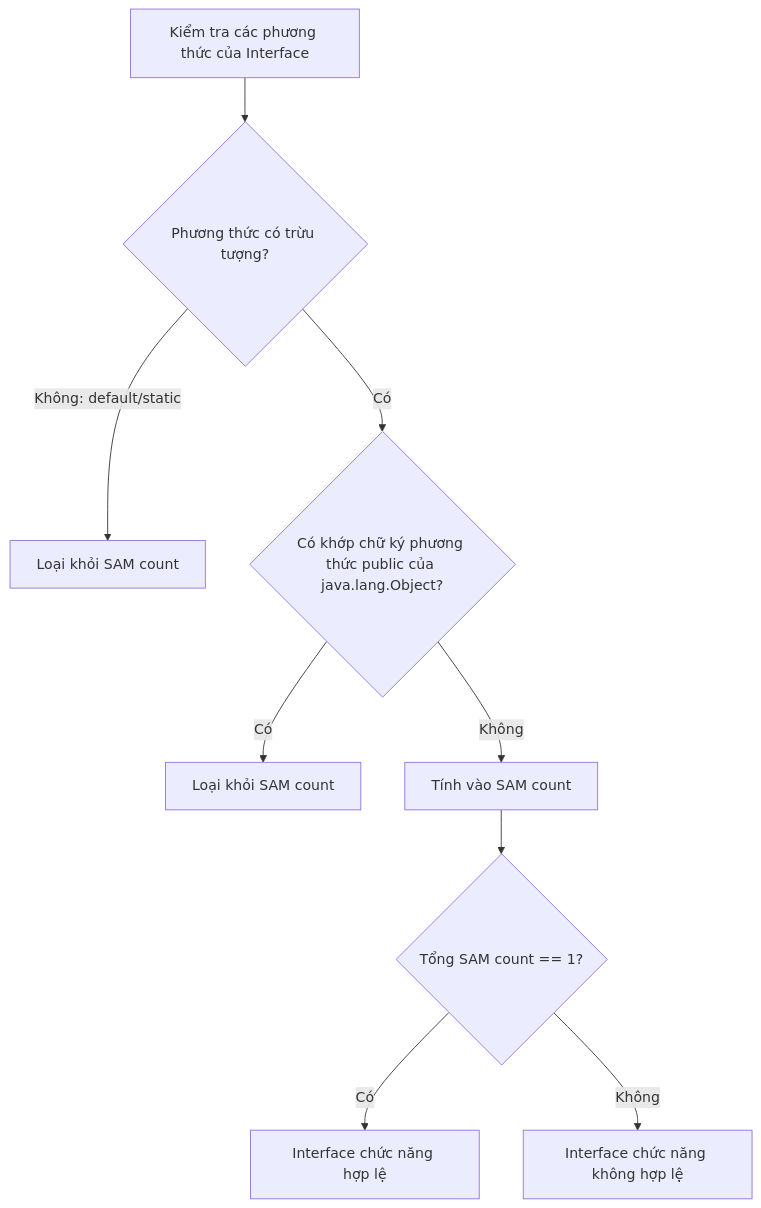
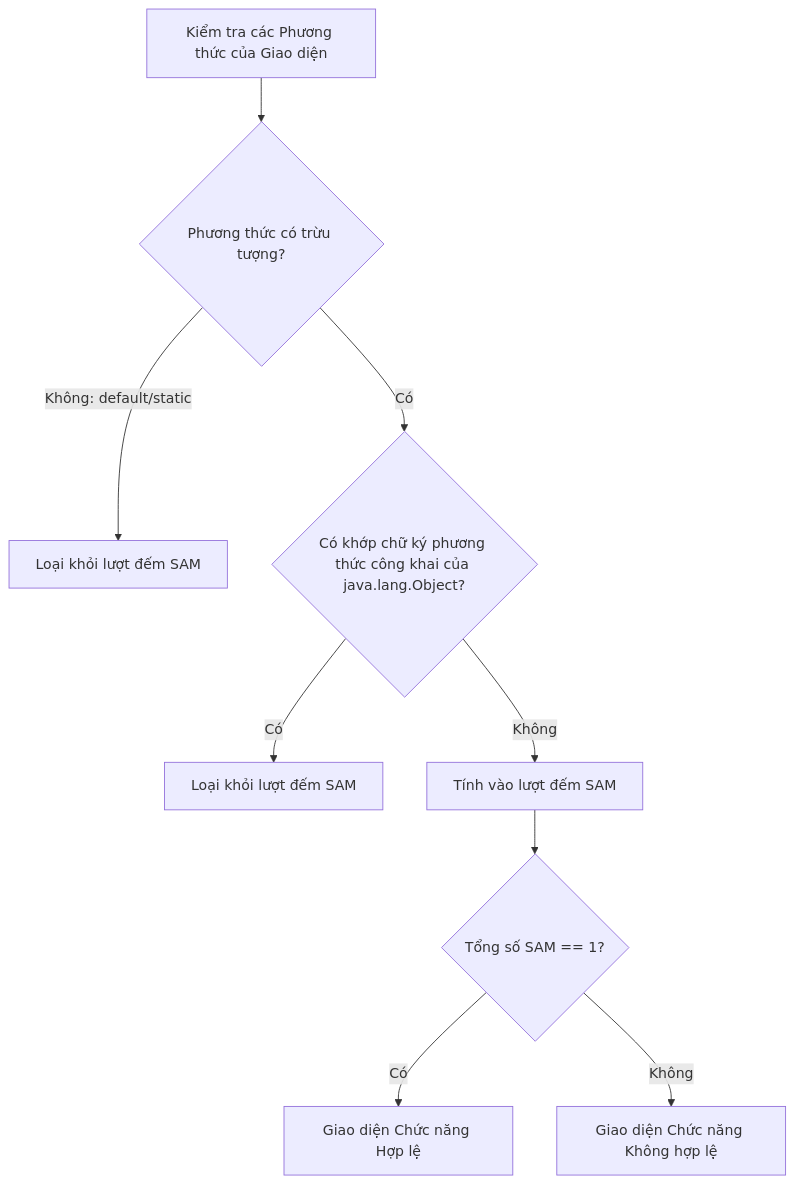
One commit to PhuThien2005/theoretical-of-java-core changed the second of 3 diagrams in vi/22-functional-interface/theory/01-predicate-t-concepts.md. Above: the diagram before and after it, drawn with Mermaid. The commit also changed other lines of this file and 229 other files, not shown here.

````diff
--- a/vi/22-functional-interface/theory/01-predicate-t-concepts.md
+++ b/vi/22-functional-interface/theory/01-predicate-t-concepts.md
@@ -96,11 +96,11 @@
 ```mermaid
 flowchart TD
-    A[Kiểm tra các phương thức của Interface] --> B{Phương thức có trừu tượng?}
-    B -->|Không: default/static| C[Loại khỏi SAM count]
-    B -->|Có| D{Có khớp chữ ký phương thức public của java.lang.Object?}
-    D -->|Có| E[Loại khỏi SAM count]
-    D -->|Không| F[Tính vào SAM count]
-    F --> G{Tổng SAM count == 1?}
-    G -->|Có| H[Interface chức năng hợp lệ]
-    G -->|Không| I[Interface chức năng không hợp lệ]
+    A[Kiểm tra các Phương thức của Giao diện] --> B{Phương thức có trừu tượng?}
+    B -->|Không: default/static| C[Loại khỏi lượt đếm SAM]
+    B -->|Có| D{Có khớp chữ ký phương thức công khai của java.lang.Object?}
+    D -->|Có| E[Loại khỏi lượt đếm SAM]
+    D -->|Không| F[Tính vào lượt đếm SAM]
+    F --> G{Tổng số SAM == 1?}
+    G -->|Có| H[Giao diện Chức năng Hợp lệ]
+    G -->|Không| I[Giao diện Chức năng Không hợp lệ]
 ```
````
